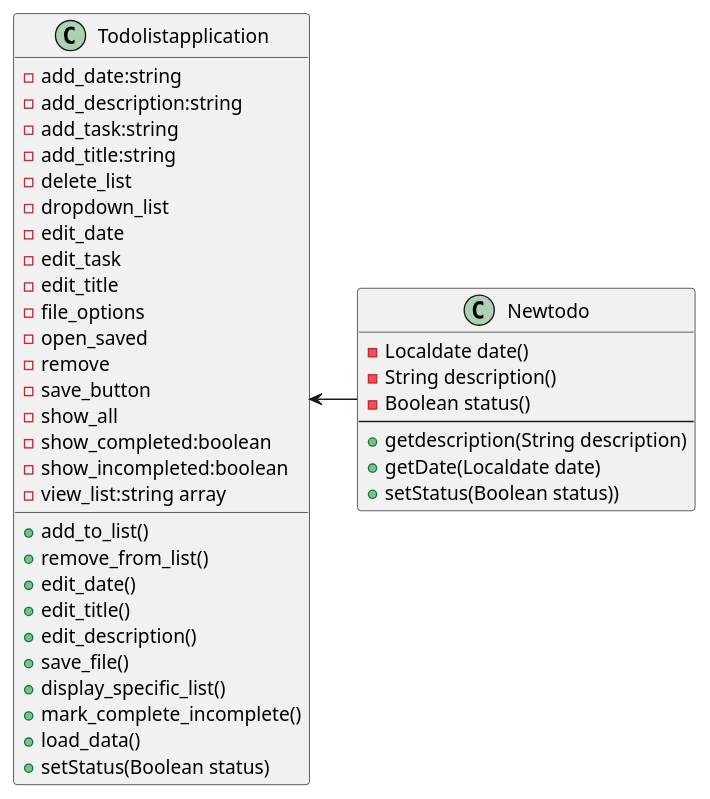
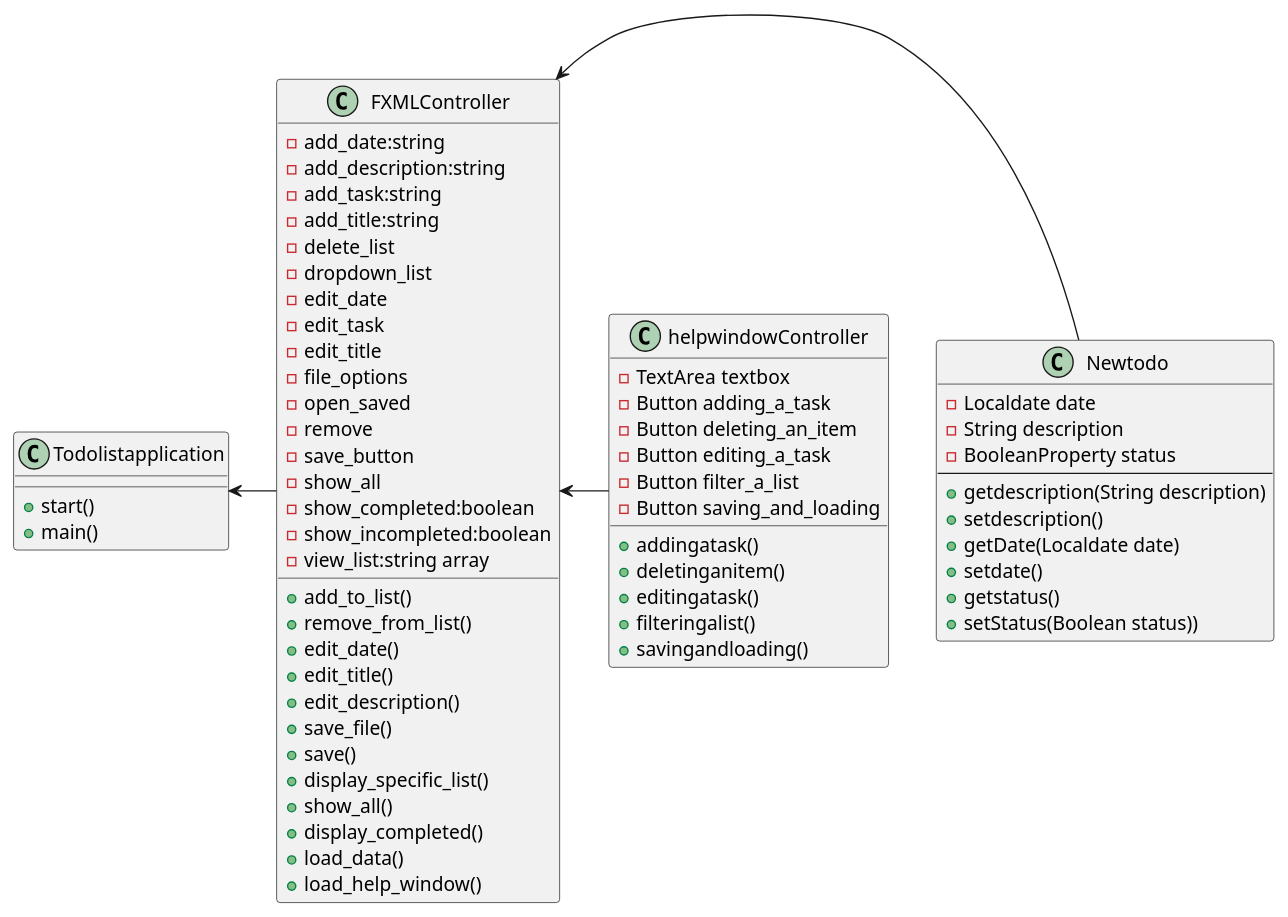
Before and after one commit to Benjaminshin1/shin-app1-design: the diagram in shin-app1-impl/docs/diagram.puml, drawn with PlantUML. The commit also changed 32 other files, not shown here.

```diff
--- a/shin-app1-impl/docs/diagram.puml
+++ b/shin-app1-impl/docs/diagram.puml
@@ -1,46 +1,71 @@
 @startuml
-
 class Todolistapplication{
++start()
++main()
+}
+class FXMLController{
 
 -add_date:string
 -add_description:string
 -add_task:string
 -add_title:string
 -delete_list
 -dropdown_list
 -edit_date
 -edit_task
 -edit_title
 -file_options
 -open_saved
 -remove
 -save_button
 -show_all
 -show_completed:boolean
 -show_incompleted:boolean
 -view_list:string array
 
 
 +add_to_list()
 +remove_from_list()
 +edit_date()
 +edit_title()
 +edit_description()
 +save_file()
++save()
 +display_specific_list()
-+mark_complete_incomplete()
++show_all()
++display_completed()
 +load_data()
-+setStatus(Boolean status)
++load_help_window()
 }
 
 class Newtodo{
--Localdate date()
--String description()
--Boolean status()
+-Localdate date
+-String description
+-BooleanProperty status
 --
 +getdescription(String description)
++setdescription()
 +getDate(Localdate date)
++setdate()
++getstatus()
 +setStatus(Boolean status))
 }
- Todolistapplication<-Newtodo
+ FXMLController<-Newtodo
+ FXMLController<-helpwindowController
+ Todolistapplication<-FXMLController
+
+
+ class helpwindowController{
+     -TextArea textbox
+     -Button adding_a_task
+     -Button deleting_an_item
+     -Button editing_a_task
+     -Button filter_a_list
+     -Button saving_and_loading
+     +addingatask()
+     +deletinganitem()
+     +editingatask()
+     +filteringalist()
+     +savingandloading()
+ }
 @enduml
```
